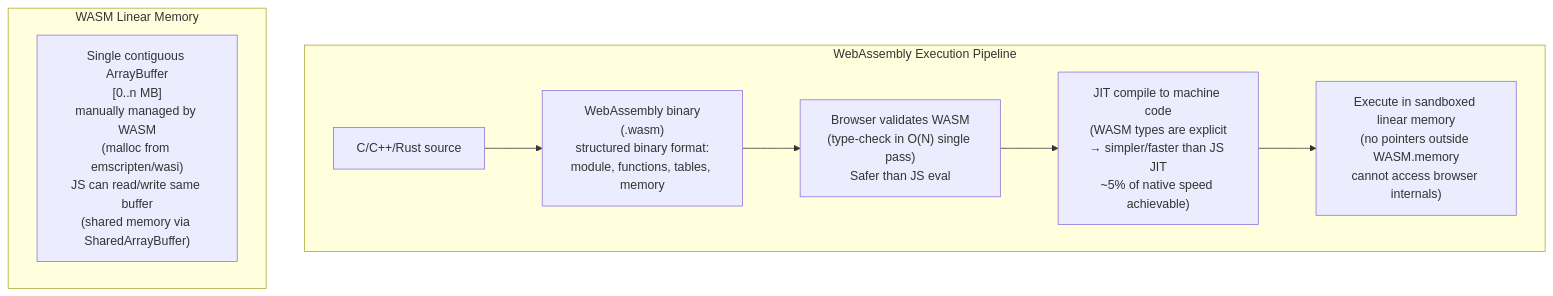
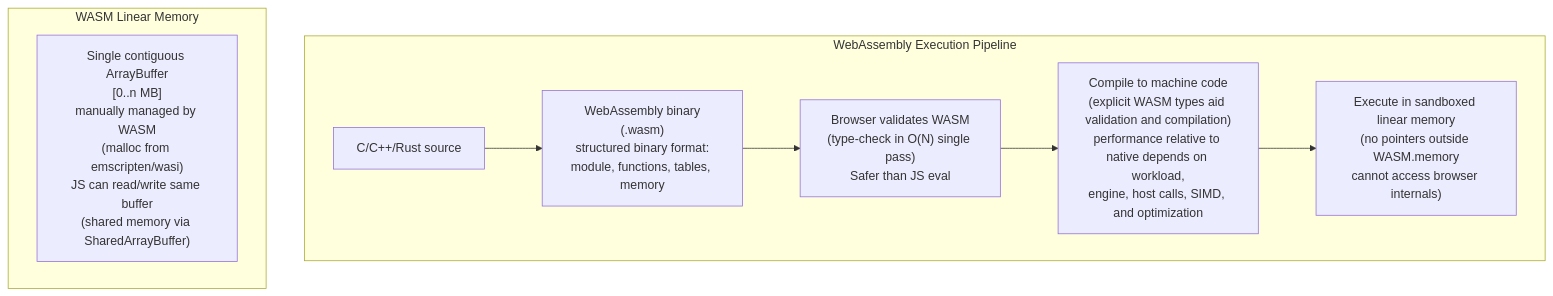
One commit to choisimo/document changed diagram 15 of 18 in content/docs/books/cs-reference/web-frontend-internals.md. Above: the diagram before and after it, drawn with Mermaid. The commit also changed other lines of this file and 504 other files, not shown here.

````diff
--- a/content/docs/books/cs-reference/web-frontend-internals.md
+++ b/content/docs/books/cs-reference/web-frontend-internals.md
@@ -339,14 +341,14 @@
 ```mermaid
 flowchart TD
     subgraph "WebAssembly Execution Pipeline"
         C["C/C++/Rust source"]
         WASM["WebAssembly binary\n(.wasm)\nstructured binary format:\nmodule, functions, tables, memory"]
         VALIDATE["Browser validates WASM\n(type-check in O(N) single pass)\nSafer than JS eval"]
-        JIT["JIT compile to machine code\n(WASM types are explicit\n→ simpler/faster than JS JIT\n~5% of native speed achievable)"]
+        JIT["Compile to machine code\n(explicit WASM types aid validation and compilation)\nperformance relative to native depends on workload,\nengine, host calls, SIMD, and optimization"]
         EXEC["Execute in sandboxed linear memory\n(no pointers outside WASM.memory\ncannot access browser internals)"]
         C --> WASM --> VALIDATE --> JIT --> EXEC
     end
     subgraph "WASM Linear Memory"
         MEM["Single contiguous ArrayBuffer\n[0..n MB]\nmanually managed by WASM\n(malloc from emscripten/wasi)\nJS can read/write same buffer\n(shared memory via SharedArrayBuffer)"]
     end
 ```
````
